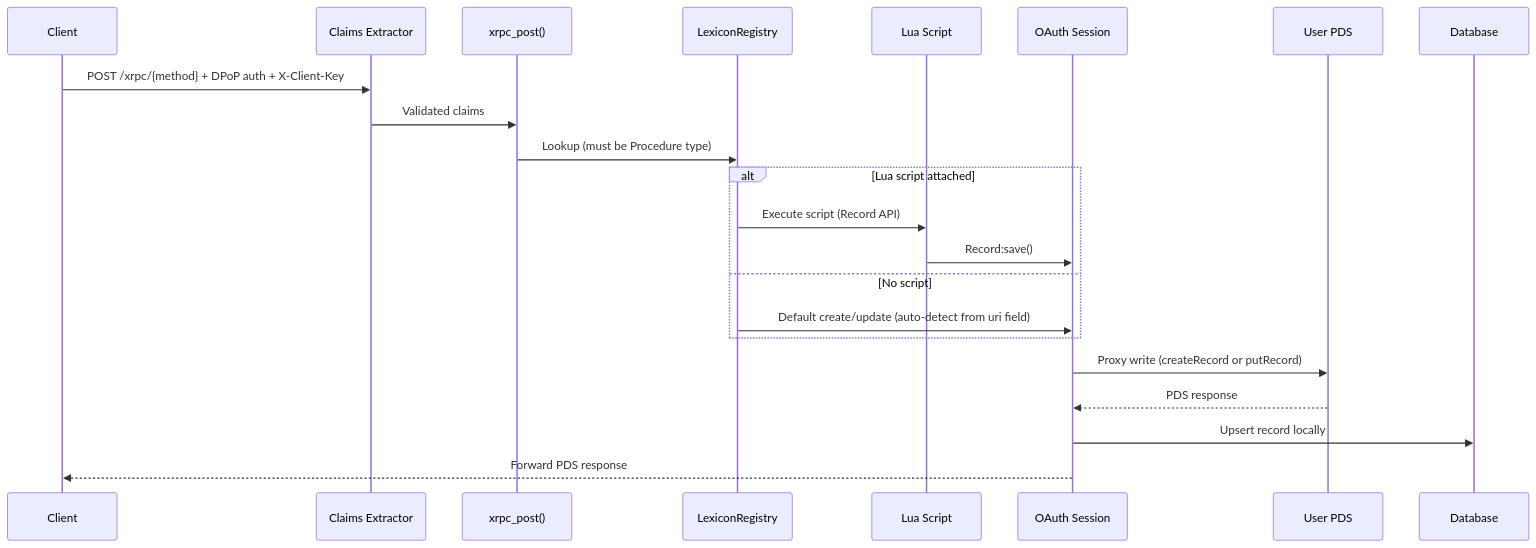
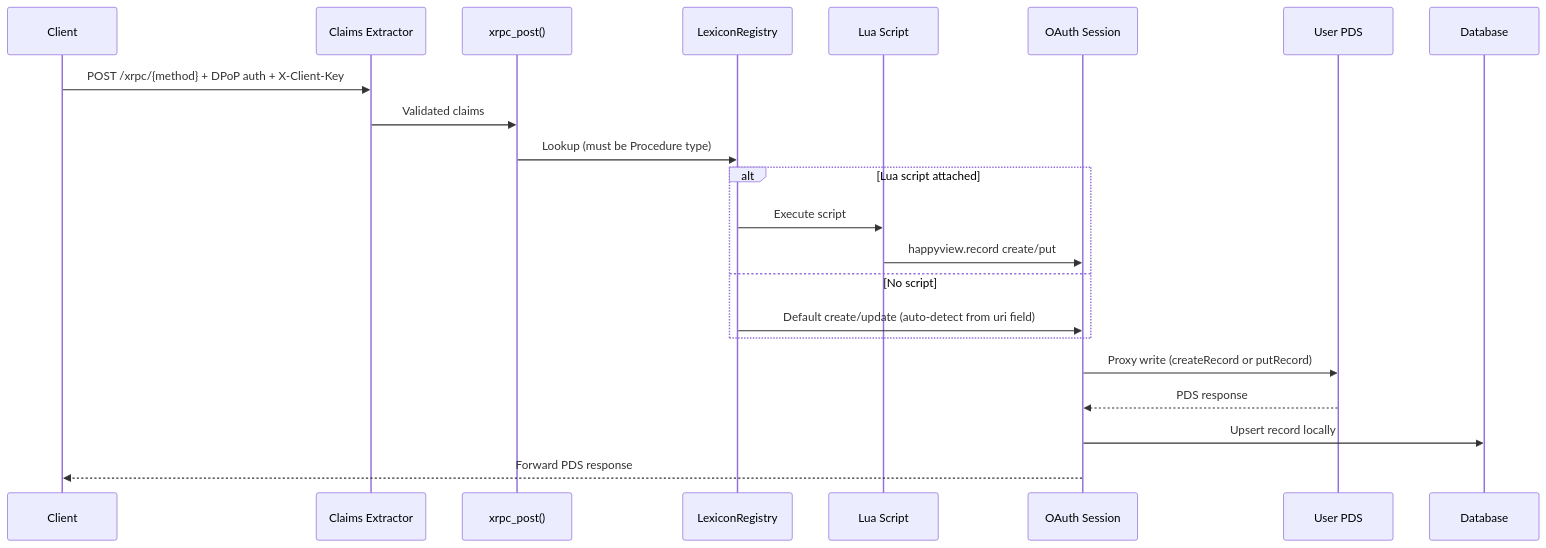
The third of 6 diagrams in content/docs/reference/architecture.md (happyproto/happyview-docs), drawn with Mermaid before and after one commit. The commit also changed other lines of this file and 54 other files, not shown here.

````diff
--- a/content/docs/reference/architecture.md
+++ b/content/docs/reference/architecture.md
@@ -68,25 +68,25 @@
 ```mermaid
 sequenceDiagram
     participant C as Client
     participant A as Claims Extractor
     participant X as xrpc_post()
     participant R as LexiconRegistry
     participant L as Lua Script
     participant S as OAuth Session
     participant P as User PDS
     participant D as Database
 
     C->>A: POST /xrpc/{method} + DPoP auth + X-Client-Key
     A->>X: Validated claims
     X->>R: Lookup (must be Procedure type)
     alt Lua script attached
-        R->>L: Execute script (Record API)
-        L->>S: Record:save()
+        R->>L: Execute script
+        L->>S: happyview.record create/put
     else No script
         R->>S: Default create/update (auto-detect from uri field)
     end
     S->>P: Proxy write (createRecord or putRecord)
     P-->>S: PDS response
     S->>D: Upsert record locally
     S-->>C: Forward PDS response
 ```
````
